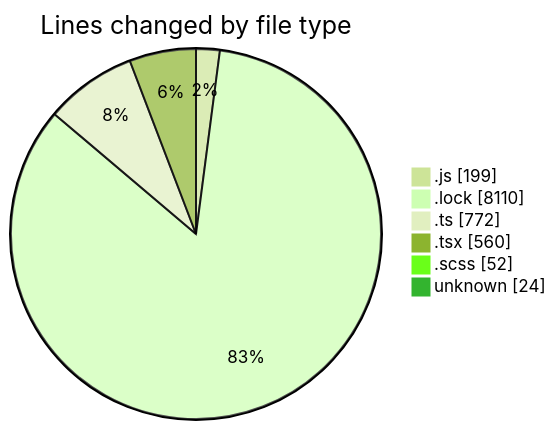
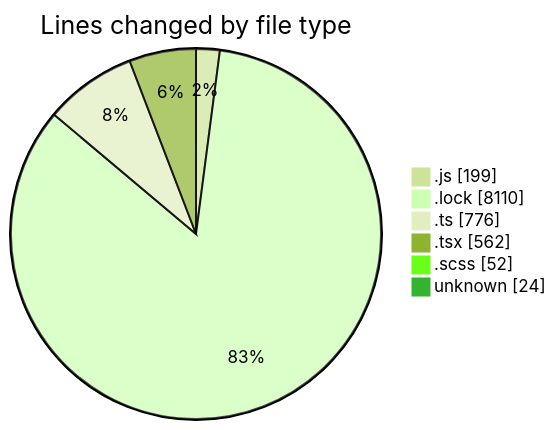
One commit to momahboobian/code-tracking changed the first of 2 diagrams in 2025-02-07/cda/README.md. Above: the diagram before and after it, drawn with Mermaid (forest theme). The commit also changed other lines of this file and 1 other file, not shown here.

````diff
--- a/2025-02-07/cda/README.md
+++ b/2025-02-07/cda/README.md
@@ -53,10 +53,10 @@
 ```mermaid
 pie showData
 title Lines changed by file type
 ".js" : 199
 ".lock" : 8110
-".ts" : 772
-".tsx" : 560
+".ts" : 776
+".tsx" : 562
 ".scss" : 52
 "unknown" : 24
 ```
````
